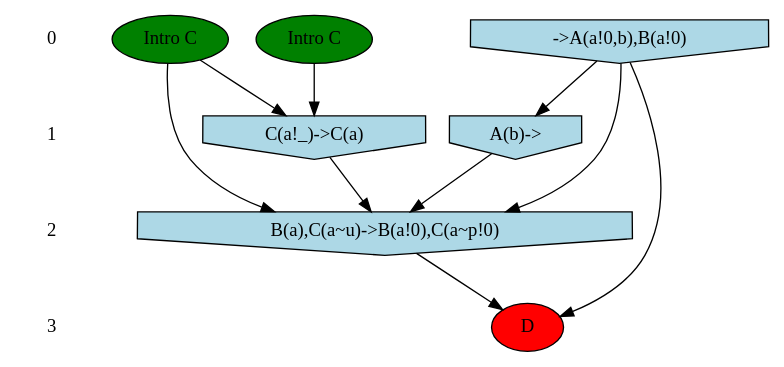
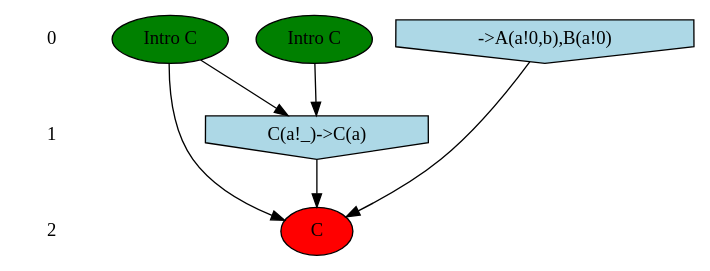
Before and after one commit to Kappa-Dev/KappaTools: the diagram in models/stories/side-effects1/expected-output/cflowCompressed_0.dot, drawn with Graphviz. The commit also changed 3 other files, not shown here.

```diff
--- a/models/stories/side-effects1/expected-output/cflowCompressed_0.dot
+++ b/models/stories/side-effects1/expected-output/cflowCompressed_0.dot
@@ -1,31 +1,23 @@
-/* Compression of 2 causal flows obtained in average at 7.751607E-01 t.u */
-/* Compressed causal flows were: [9;7] */
+/* Compression of 11 causal flows obtained in average at 3.023129E-01 t.u */
+/* Compressed causal flows were: [11;10;9;8;7;6;5;4;3;2;1] */
 digraph G{
  ranksep=.5 ; 
 { rank = same ; "0" [shape=plaintext] ; node_1 [label ="Intro C", style=filled,fillcolor=green] ;
 node_2 [label ="Intro C", style=filled,fillcolor=green] ;
 node_4 [label="->A(a!0,b),B(a!0)", shape=invhouse, style=filled, fillcolor = lightblue] ;
 }
 { rank = same ; "1" [shape=plaintext] ; node_3 [label="C(a!_)->C(a)", shape=invhouse, style=filled, fillcolor = lightblue] ;
-node_5 [label="A(b)->", shape=invhouse, style=filled, fillcolor = lightblue] ;
 }
-{ rank = same ; "2" [shape=plaintext] ; node_6 [label="B(a),C(a~u)->B(a!0),C(a~p!0)", shape=invhouse, style=filled, fillcolor = lightblue] ;
-}
-{ rank = same ; "3" [shape=plaintext] ; node_7 [label ="D", style=filled, fillcolor=red] ;
+{ rank = same ; "2" [shape=plaintext] ; node_5 [label ="C", style=filled, fillcolor=red] ;
 }
 "0" -> "1" [style="invis"]; 
 "1" -> "2" [style="invis"]; 
-"2" -> "3" [style="invis"]; 
 node_1 -> node_3
 node_2 -> node_3
+node_1 -> node_5
+node_3 -> node_5
 node_4 -> node_5
-node_1 -> node_6
-node_3 -> node_6
-node_4 -> node_6
-node_5 -> node_6
-node_4 -> node_7
-node_6 -> node_7
 }
 /*
  Dot generation time: 0.000000
 */
```
